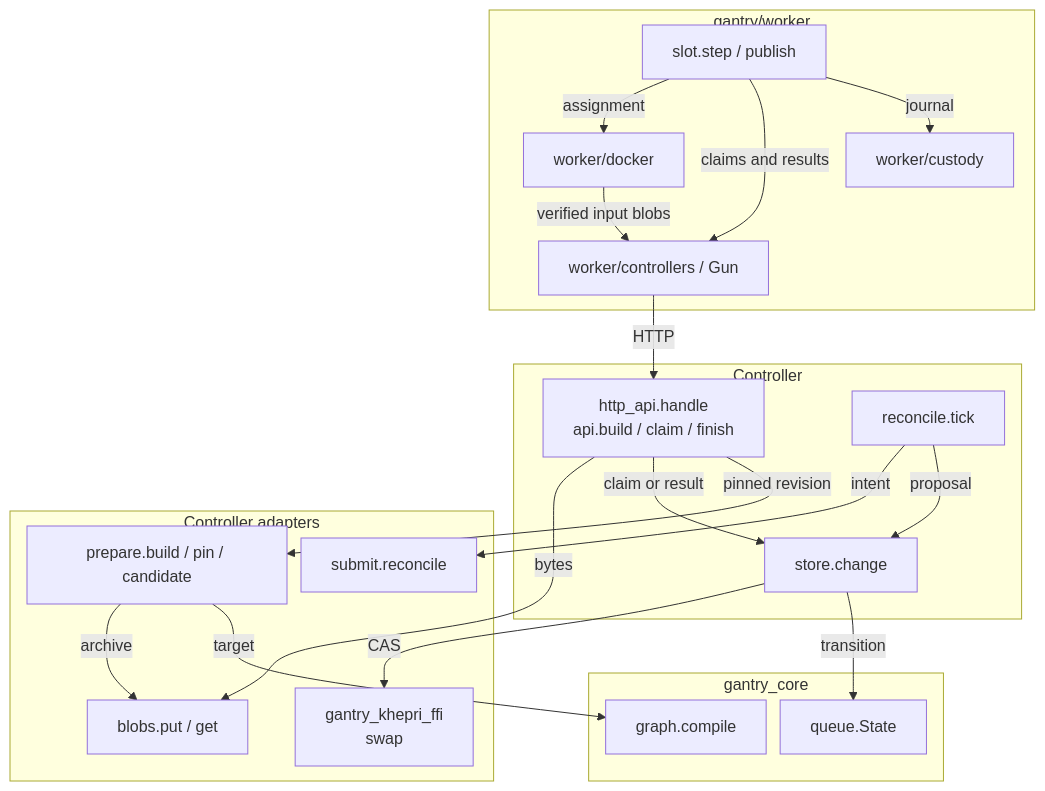
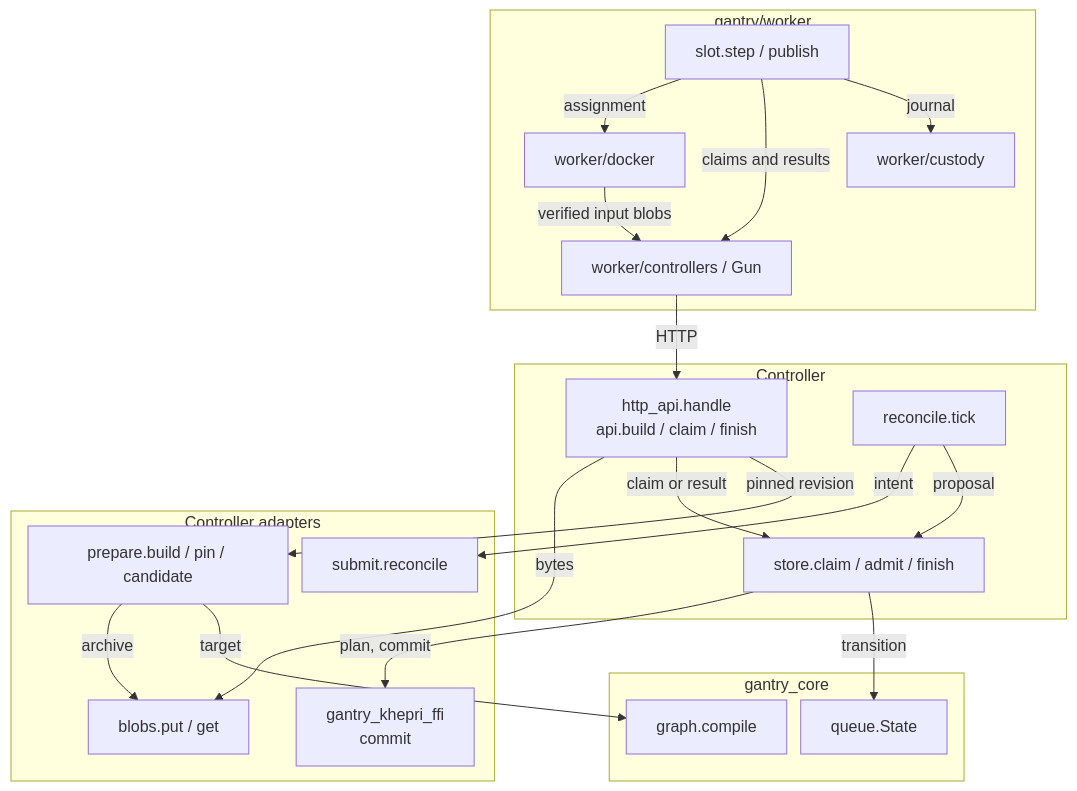
One commit to Roasbeef/gantry changed the first of 7 diagrams in docs/architecture/runtime.md. Above: the diagram before and after it, drawn with Mermaid. The commit also changed other lines of this file and 3 other files, not shown here.

````diff
--- a/docs/architecture/runtime.md
+++ b/docs/architecture/runtime.md
@@ -18,39 +18,39 @@
 ```mermaid
 %%{init: {"flowchart": {"nodeSpacing": 14, "rankSpacing": 30}} }%%
 flowchart TB
     subgraph controller["Controller"]
         API["http_api.handle<br/>api.build / claim / finish"]
         REC["reconcile.tick"]
-        TX["store.change"]
+        TX["store.claim / admit / finish"]
     end
     subgraph core["gantry_core"]
         GRAPH["graph.compile"]
         QUEUE["queue.State"]
     end
     subgraph worker["gantry/worker"]
         SLOT["slot.step / publish"]
         CUSTODY["worker/custody"]
         EXEC["worker/docker"]
         NET["worker/controllers / Gun"]
     end
     subgraph adapters["Controller adapters"]
         PREP["prepare.build / pin / candidate"]
-        RA["gantry_khepri_ffi<br/>swap"]
+        RA["gantry_khepri_ffi<br/>commit"]
         BLOB["blobs.put / get"]
         GIT["submit.reconcile"]
     end
     API -->|"pinned revision"| PREP
     PREP -->|"target"| GRAPH
     PREP -->|"archive"| BLOB
     API -->|"claim or result"| TX
     TX -->|"transition"| QUEUE
-    TX -->|"CAS"| RA
+    TX -->|"plan, commit"| RA
     REC -->|"proposal"| TX
     REC -->|"intent"| GIT
     SLOT -->|"journal"| CUSTODY
     SLOT -->|"claims and results"| NET
     SLOT -->|"assignment"| EXEC
     EXEC -->|"verified input blobs"| NET
     NET -->|"HTTP"| API
     API -->|"bytes"| BLOB
 ```
````
